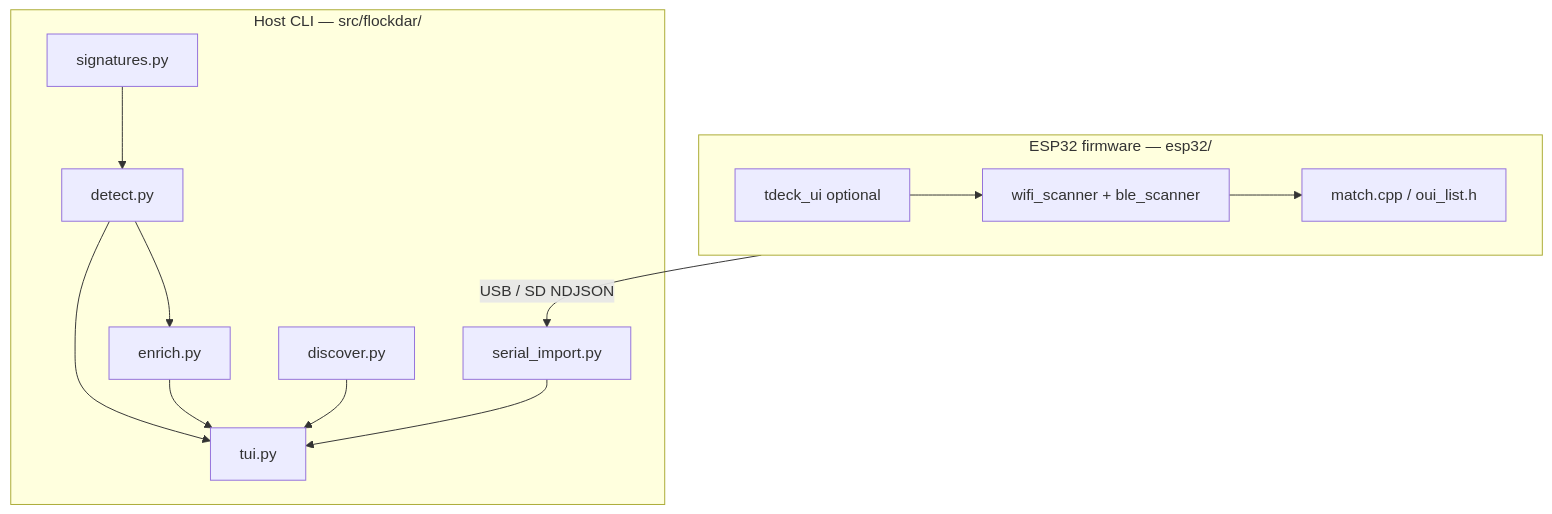
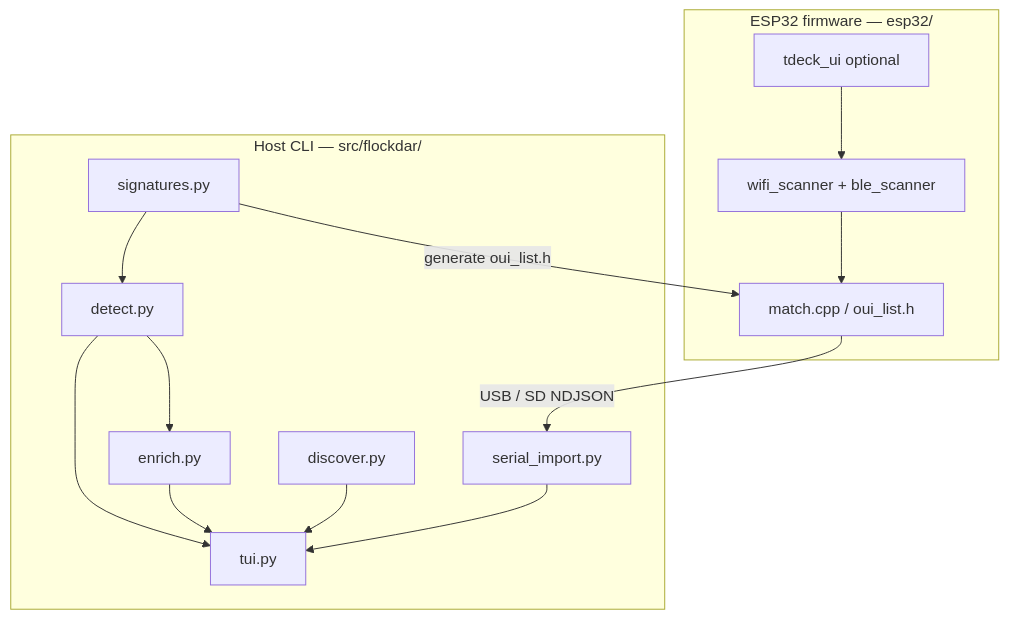
The first of 2 diagrams in README.md (thehappydinoa/flockdar), drawn with Mermaid before and after one commit. The commit also changed 3 other files, not shown here.

````diff
--- a/README.md
+++ b/README.md
@@ -140,25 +140,26 @@
 ```mermaid
 flowchart TB
   subgraph py["Host CLI — src/flockdar/"]
     SIG[signatures.py]
     DET[detect.py]
     ENR[enrich.py]
     DIS[discover.py]
     SER[serial_import.py]
     TUI[tui.py]
     SIG --> DET --> TUI
     DET --> ENR --> TUI
     DIS --> TUI
     SER --> TUI
   end
 
   subgraph fw["ESP32 firmware — esp32/"]
     SCAN[wifi_scanner + ble_scanner]
     MATCH[match.cpp / oui_list.h]
     UI[tdeck_ui optional]
     SCAN --> MATCH
     UI --> SCAN
   end
 
-  fw -->|USB / SD NDJSON| SER
+  SIG -->|generate oui_list.h| MATCH
+  MATCH -->|USB / SD NDJSON| SER
 ```
````
